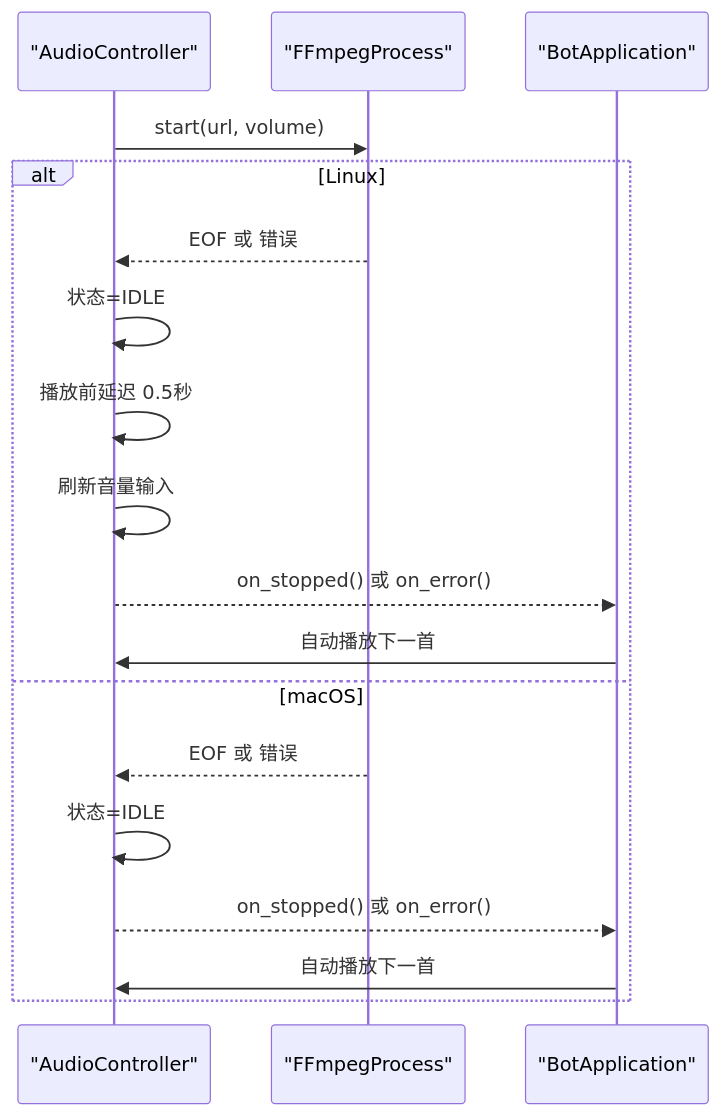
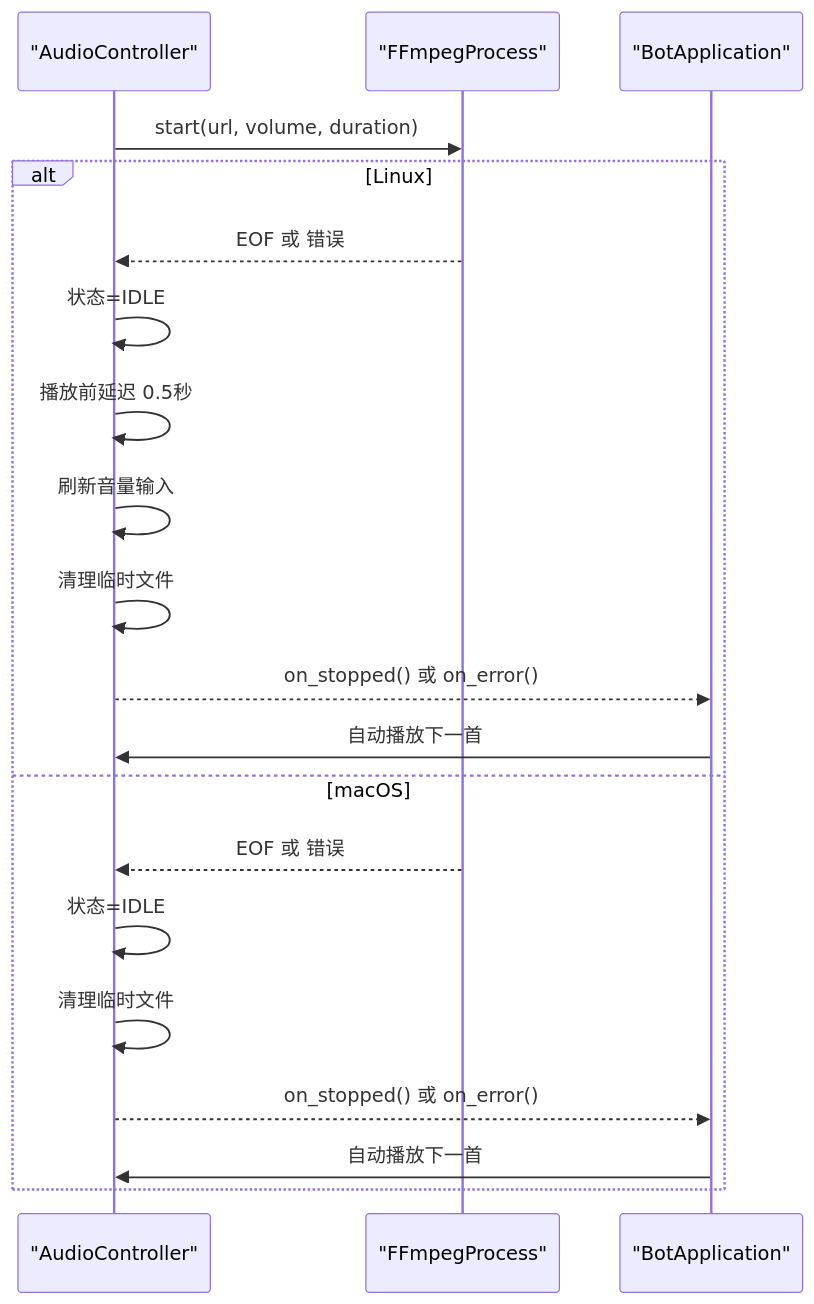
One commit to GhoulOwl/Teamspeak3_Bot changed the sixth of 9 diagrams in .qoder/repowiki/zh/content/音乐播放系统/音频控制器.md. Above: the diagram before and after it, drawn with Mermaid. The commit also changed other lines of this file and 5 other files, not shown here.

````diff
--- a/.qoder/repowiki/zh/content/音乐播放系统/音频控制器.md
+++ b/.qoder/repowiki/zh/content/音乐播放系统/音频控制器.md
@@ -281,20 +305,22 @@
 ```mermaid
 sequenceDiagram
 participant Ctrl as "AudioController"
 participant FF as "FFmpegProcess"
 participant App as "BotApplication"
-Ctrl->>FF : start(url, volume)
+Ctrl->>FF : start(url, volume, duration)
 alt Linux
 FF-->>Ctrl : EOF 或 错误
 Ctrl->>Ctrl : 状态=IDLE
 Ctrl->>Ctrl : 播放前延迟 0.5秒
 Ctrl->>Ctrl : 刷新音量输入
+Ctrl->>Ctrl : 清理临时文件
 Ctrl-->>App : on_stopped() 或 on_error()
 App->>Ctrl : 自动播放下一首
 else macOS
 FF-->>Ctrl : EOF 或 错误
 Ctrl->>Ctrl : 状态=IDLE
+Ctrl->>Ctrl : 清理临时文件
 Ctrl-->>App : on_stopped() 或 on_error()
 App->>Ctrl : 自动播放下一首
 end
 ```
````
